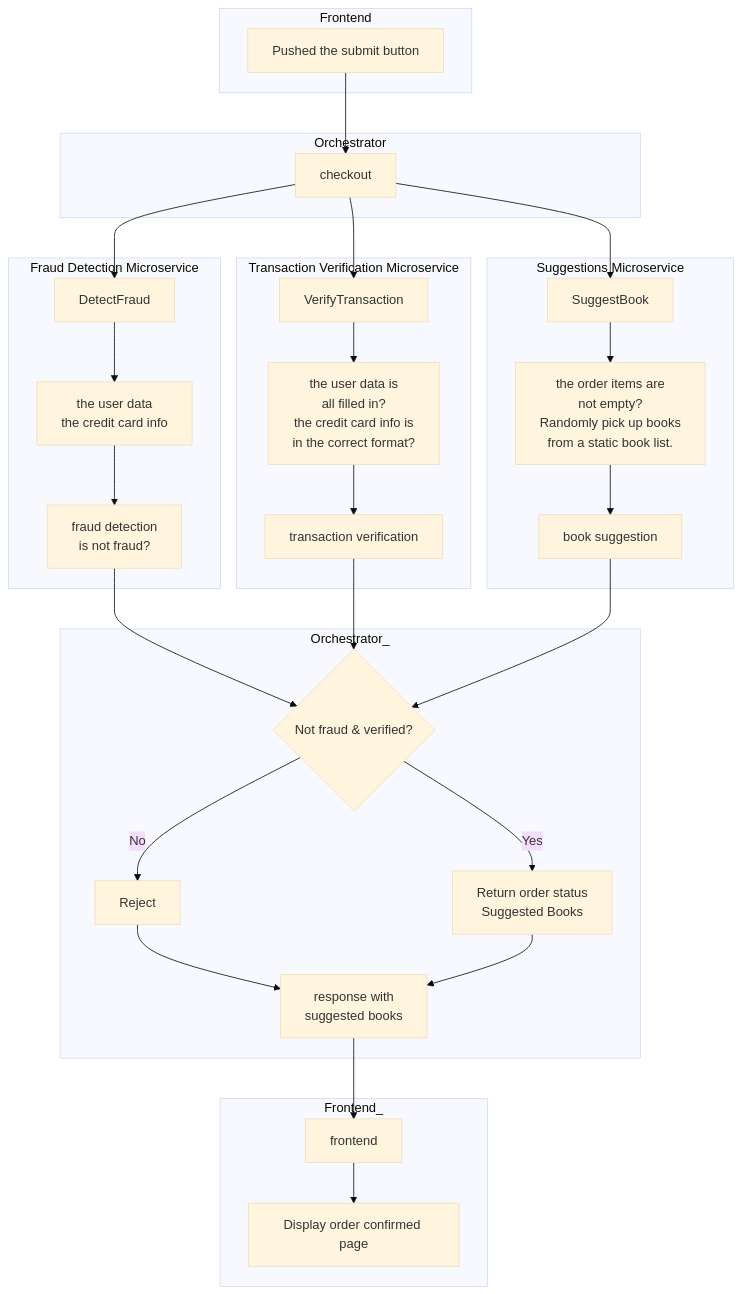
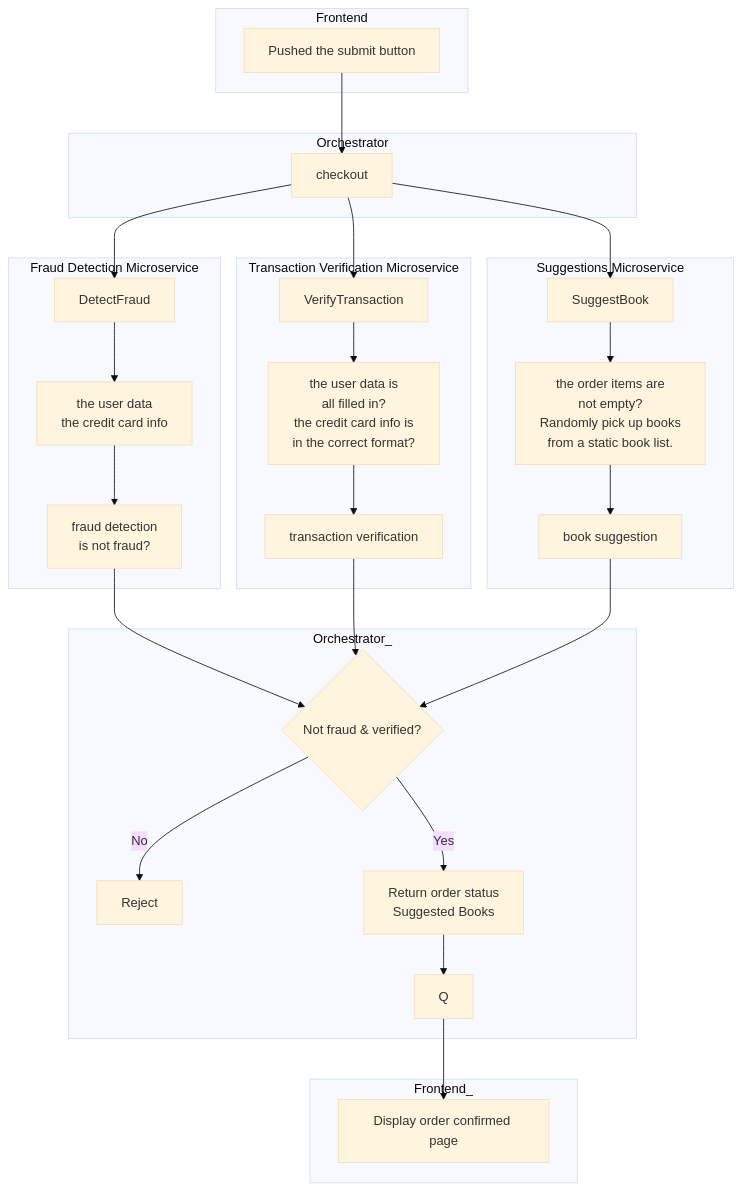
One commit to mharisirfan/ds-practice-2025 changed the second of 2 diagrams in README.md. Above: the diagram before and after it, drawn with Mermaid (base theme).

Commit message:
Refine flowchart in README
Updated flowchart to remove redundant response node.

````diff
--- a/README.md
+++ b/README.md
@@ -29,46 +29,44 @@
 ```mermaid
 graph TD
     subgraph Frontend
         B[Pushed the submit button]
     end
 
     subgraph Orchestrator
         B --> C[checkout]
     end
 
     subgraph "Fraud Detection Microservice"
         D[DetectFraud] --> G[the user data<br/>the credit card info]
         G --> J[fraud detection<br/>is not fraud?]
     end
 
     subgraph "Transaction Verification Microservice"
         E[VerifyTransaction] --> H[the user data is<br/>all filled in?<br/>the credit card info is<br/>in the correct format?]
         H --> K[transaction verification]
     end
 
     subgraph "Suggestions Microservice"
         F[SuggestBook] --> I[the order items are<br/>not empty?<br/>Randomly pick up books<br/>from a static book list.]
         I --> L[book suggestion]
     end
 
     C --> D
     C --> E
     C --> F
 
     J --> N
     K --> N
     L --> N
 
     subgraph Orchestrator_
     N{Not fraud & verified?}
     N -->|No| O[Reject]
     N -->|Yes| P[Return order status<br/>Suggested Books]
-    O --> Q[response with<br/>suggested books]
     P --> Q
     end
 
     subgraph Frontend_
-    Q --> R[frontend]
-    R --> S[Display order confirmed page]
+    Q --> R[Display order confirmed page]
     end
 ```
````
